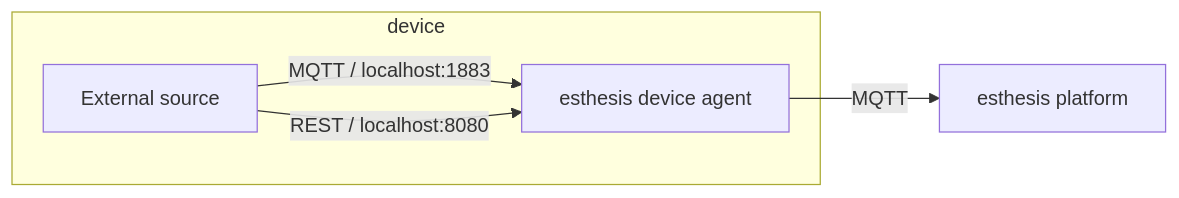
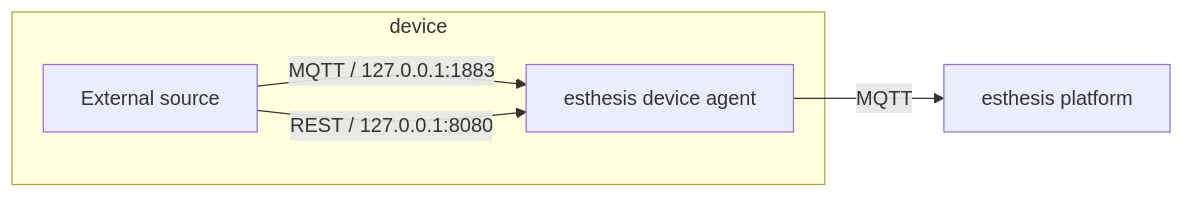
One commit to esthesis-iot/esthesis-core changed the second of 2 diagrams in esthesis-core/esthesis-core-docs/docs/04-device-agent/03-Embedded endpoints.md. Above: the diagram before and after it, drawn with Mermaid. The commit also changed other lines of this file and 2 other files, not shown here.

Commit message:
docs: device agent

````diff
--- a/esthesis-core/esthesis-core-docs/docs/04-device-agent/03-Embedded endpoints.md
+++ b/esthesis-core/esthesis-core-docs/docs/04-device-agent/03-Embedded endpoints.md
@@ -30,8 +30,8 @@
 ```mermaid
 graph LR
 	subgraph device
-		A[External source] -->|MQTT / localhost:1883| B[esthesis device agent]
-		A -->|REST / localhost:8080| B
+		A[External source] -->|MQTT / 127.0.0.1:1883| B[esthesis device agent]
+		A -->|REST / 127.0.0.1:8080| B
 	end
 		B -->|MQTT| C[esthesis platform]
 ```
````
